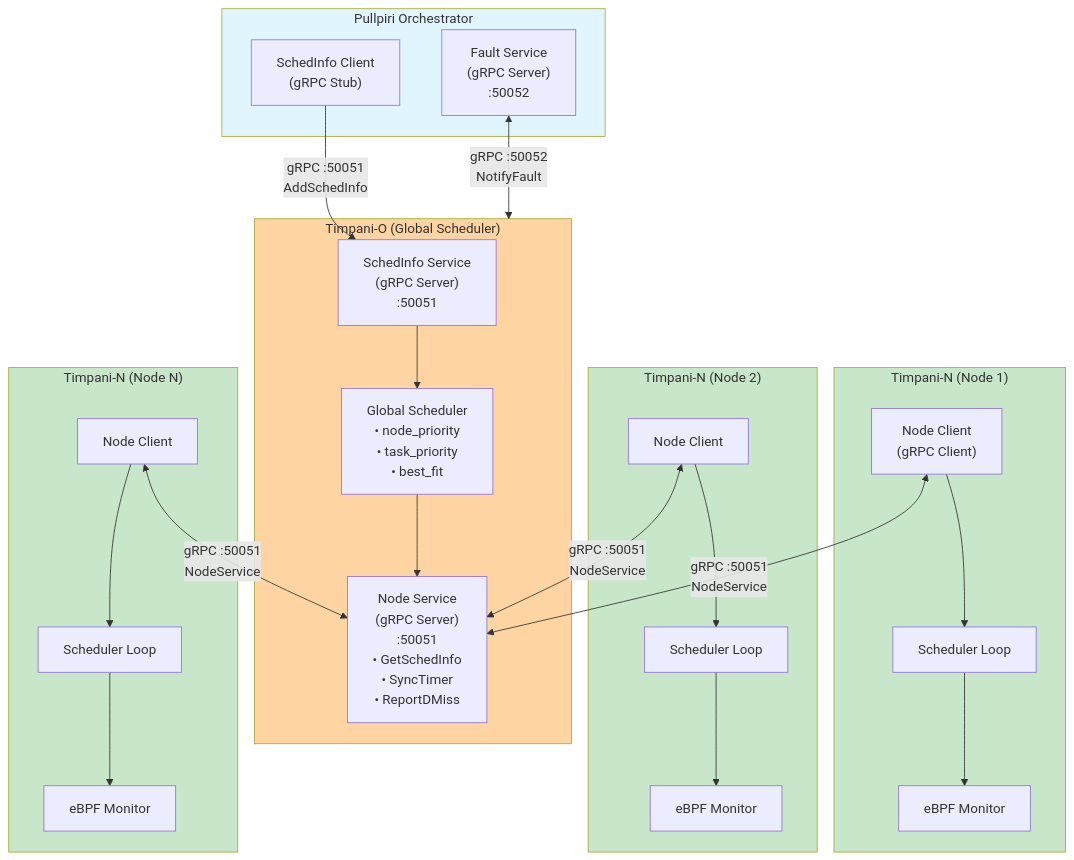
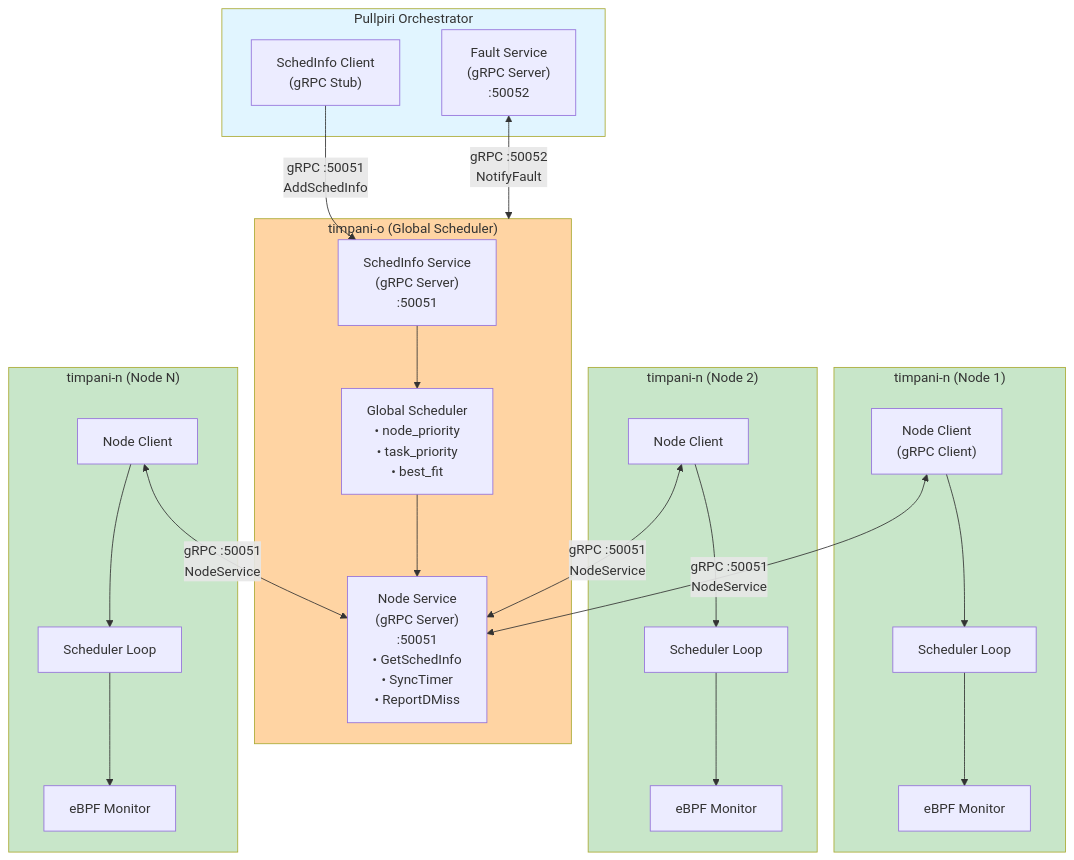
One commit to akshaylg0314/timpani-akshay changed the third of 9 diagrams in doc/architecture/grpc_architecture.md. Above: the diagram before and after it, drawn with Mermaid. The commit also changed other lines of this file and 4 other files, not shown here.

Commit message:
docs: update documentation to standardize phases to steps in development and migration roadmaps

````diff
--- a/doc/architecture/grpc_architecture.md
+++ b/doc/architecture/grpc_architecture.md
@@ -158,56 +154,56 @@
 ```mermaid
 graph TB
     subgraph PullpiriSystem["Pullpiri Orchestrator"]
         SchedInfoClient["SchedInfo Client<br/>(gRPC Stub)"]
         FaultServer["Fault Service<br/>(gRPC Server)<br/>:50052"]
     end
 
-    subgraph TimpaniO["Timpani-O (Global Scheduler)"]
+    subgraph TimpaniO["timpani-o (Global Scheduler)"]
         SchedInfoSvc["SchedInfo Service<br/>(gRPC Server)<br/>:50051"]
         GlobalSched["Global Scheduler<br/>• node_priority<br/>• task_priority<br/>• best_fit"]
         NodeSvc["Node Service<br/>(gRPC Server)<br/>:50051<br/>• GetSchedInfo<br/>• SyncTimer<br/>• ReportDMiss"]
 
         SchedInfoSvc --> GlobalSched
         GlobalSched --> NodeSvc
     end
 
-    subgraph Node1["Timpani-N (Node 1)"]
+    subgraph Node1["timpani-n (Node 1)"]
         NodeClient1["Node Client<br/>(gRPC Client)"]
         SchedLoop1["Scheduler Loop"]
         BPF1["eBPF Monitor"]
 
         NodeClient1 --> SchedLoop1
         SchedLoop1 --> BPF1
     end
 
-    subgraph Node2["Timpani-N (Node 2)"]
+    subgraph Node2["timpani-n (Node 2)"]
         NodeClient2["Node Client"]
         SchedLoop2["Scheduler Loop"]
         BPF2["eBPF Monitor"]
 
         NodeClient2 --> SchedLoop2
         SchedLoop2 --> BPF2
     end
 
-    subgraph NodeN["Timpani-N (Node N)"]
+    subgraph NodeN["timpani-n (Node N)"]
         NodeClientN["Node Client"]
         SchedLoopN["Scheduler Loop"]
         BPFN["eBPF Monitor"]
 
         NodeClientN --> SchedLoopN
         SchedLoopN --> BPFN
     end
 
     SchedInfoClient -->|"gRPC :50051<br/>AddSchedInfo"| SchedInfoSvc
     FaultServer <-->|"gRPC :50052<br/>NotifyFault"| TimpaniO
 
     NodeClient1 <-->|"gRPC :50051<br/>NodeService"| NodeSvc
     NodeClient2 <-->|"gRPC :50051<br/>NodeService"| NodeSvc
     NodeClientN <-->|"gRPC :50051<br/>NodeService"| NodeSvc
 
     style PullpiriSystem fill:#e1f5ff
     style TimpaniO fill:#ffd4a3
     style Node1 fill:#c8e6c9
     style Node2 fill:#c8e6c9
     style NodeN fill:#c8e6c9
 ```
````
